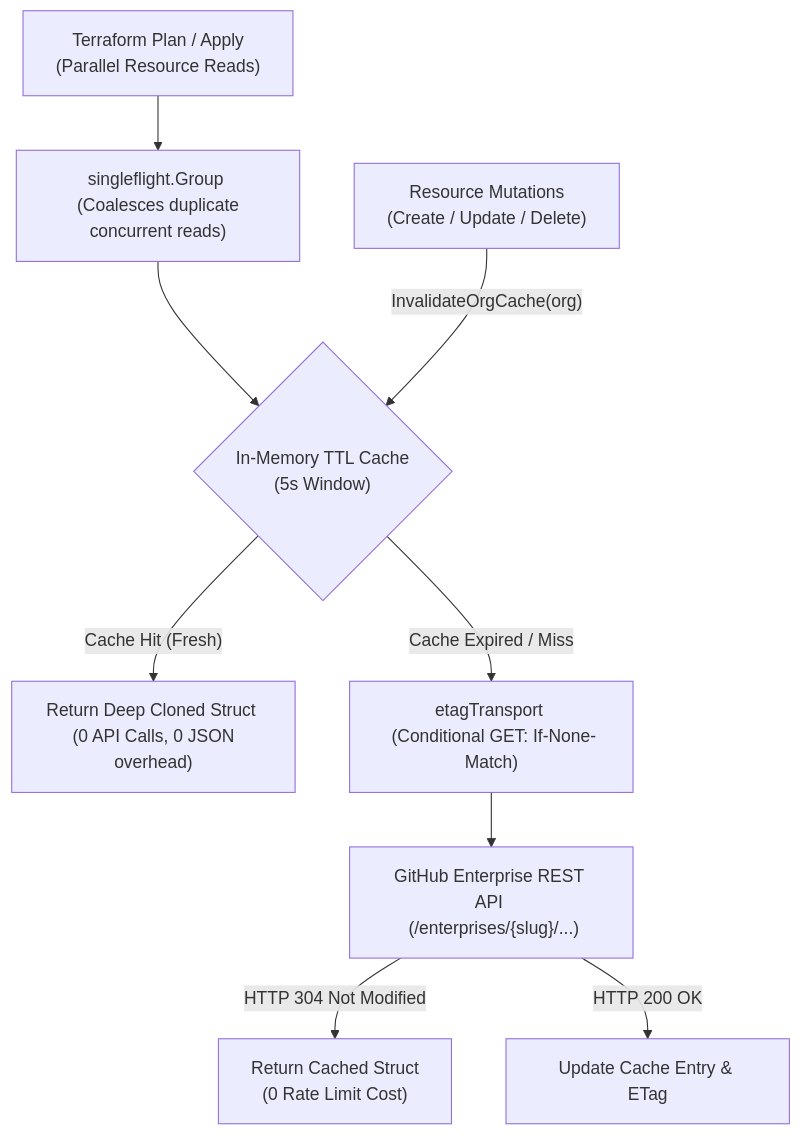
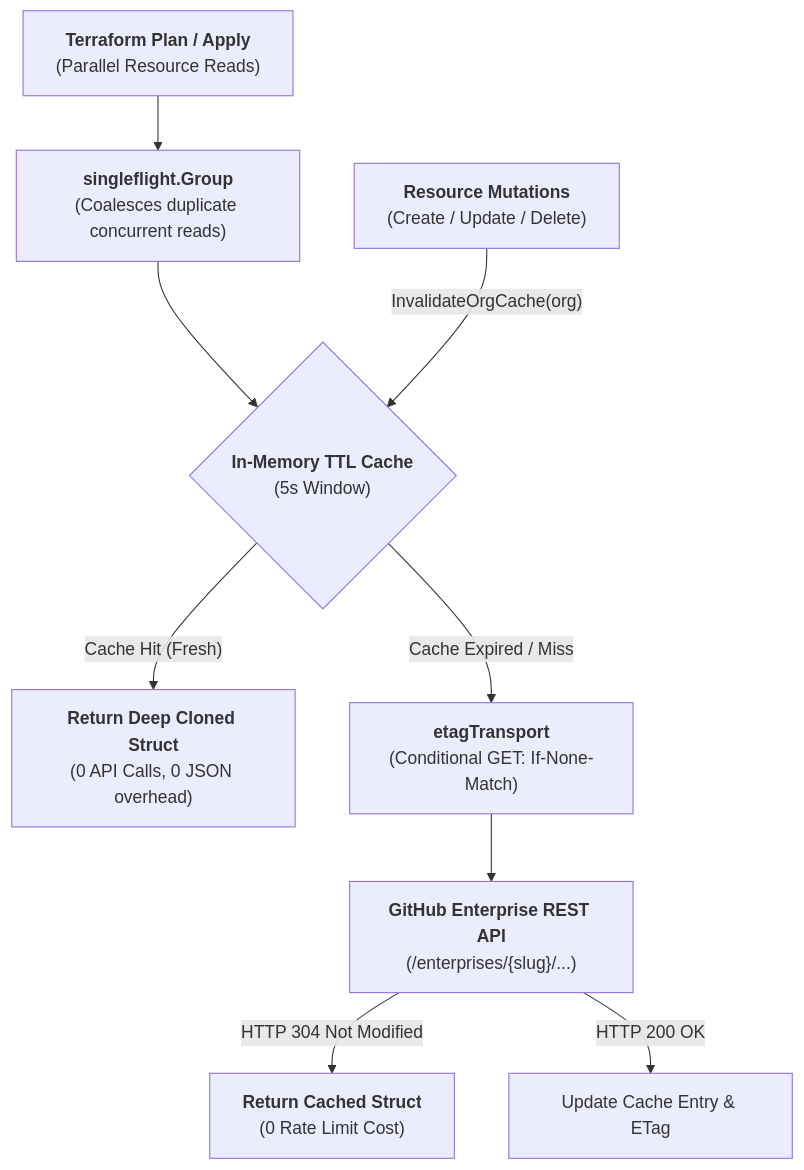
The second of 2 diagrams in DEVELOPMENT.md (google/terraform-provider-gh-app-unofficial), drawn with Mermaid before and after one commit. The commit also changed other lines of this file and 7 other files, not shown here.

````diff
--- a/DEVELOPMENT.md
+++ b/DEVELOPMENT.md
@@ -212,11 +215,19 @@
 ```mermaid
 graph TD
-    TF_PLAN["Terraform Plan / Apply <br/> (Parallel Resource Reads)"] --> SF["singleflight.Group <br/> (Coalesces duplicate concurrent reads)"]
-    SF --> CACHE{"In-Memory TTL Cache <br/> (5s Window)"}
-    CACHE -->|"Cache Hit (Fresh)"| MEM["Return Deep Cloned Struct <br/> (0 API Calls, 0 JSON overhead)"]
-    CACHE -->|"Cache Expired / Miss"| ETAG["etagTransport <br/> (Conditional GET: If-None-Match)"]
-    ETAG --> API["GitHub Enterprise REST API <br/> (/enterprises/{slug}/...)"]
-    API -->|"HTTP 304 Not Modified"| HIT["Return Cached Struct <br/> (0 Rate Limit Cost)"]
+    TF_PLAN["`**Terraform Plan / Apply**
+    (Parallel Resource Reads)`"] --> SF["`**singleflight.Group**
+    (Coalesces duplicate concurrent reads)`"]
+    SF --> CACHE{"`**In-Memory TTL Cache**
+    (5s Window)`"}
+    CACHE -->|"Cache Hit (Fresh)"| MEM["`**Return Deep Cloned Struct**
+    (0 API Calls, 0 JSON overhead)`"]
+    CACHE -->|"Cache Expired / Miss"| ETAG["`**etagTransport**
+    (Conditional GET: If-None-Match)`"]
+    ETAG --> API["`**GitHub Enterprise REST API**
+    (/enterprises/{slug}/...)`"]
+    API -->|"HTTP 304 Not Modified"| HIT["`**Return Cached Struct**
+    (0 Rate Limit Cost)`"]
     API -->|"HTTP 200 OK"| UPDATE["Update Cache Entry & ETag"]
-    MUT["Resource Mutations <br/> (Create / Update / Delete)"] -->|"InvalidateOrgCache(org)"| CACHE
+    MUT["`**Resource Mutations**
+    (Create / Update / Delete)`"] -->|"InvalidateOrgCache(org)"| CACHE
 ```
````
